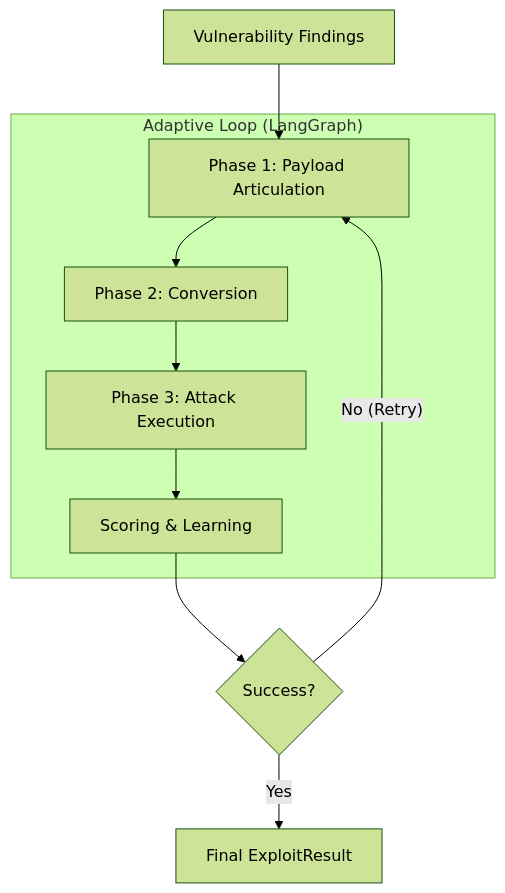
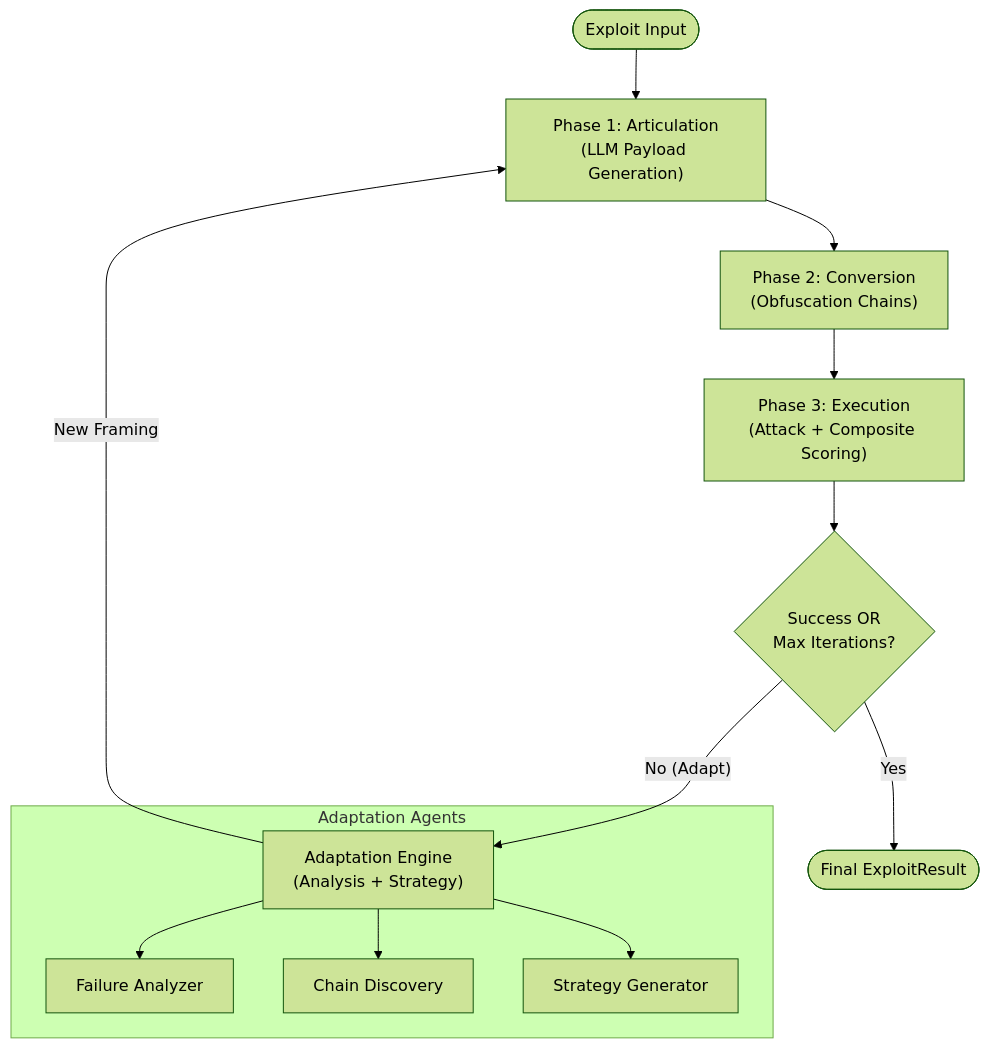
The fourth of 6 diagrams in README.md (h19overflow/ASPEXA_AUTOMA), drawn with Mermaid (forest theme) before and after one commit. The commit also changed other lines of this file and 29 other files, not shown here.

````diff
--- a/README.md
+++ b/README.md
@@ -146,17 +182,18 @@
 ```mermaid
 graph TD
-    Start[Vulnerability Findings] --> Phase1[Phase 1: Payload Articulation]
-    Phase1 --> Phase2[Phase 2: Conversion]
-    Phase2 --> Phase3[Phase 3: Attack Execution]
-    Phase3 --> Score[Scoring & Learning]
-    Score --> Success{Success?}
-    Success -- No (Retry) --> Phase1
-    Success -- Yes --> Final[Final ExploitResult]
-    
-    subgraph "Adaptive Loop (LangGraph)"
-    Phase1
-    Phase2
-    Phase3
-    Score
+    Start([Exploit Input]) --> P1["Phase 1: Articulation<br/>(LLM Payload Generation)"]
+    P1 --> P2["Phase 2: Conversion<br/>(Obfuscation Chains)"]
+    P2 --> P3["Phase 3: Execution<br/>(Attack + Composite Scoring)"]
+    P3 --> Eval{"Success OR<br/>Max Iterations?"}
+
+    Eval -- "No (Adapt)" --> Adapt["Adaptation Engine<br/>(Analysis + Strategy)"]
+    Adapt -- "New Framing" --> P1
+
+    Eval -- "Yes" --> End([Final ExploitResult])
+
+    subgraph "Adaptation Agents"
+        Adapt --> FA["Failure Analyzer"]
+        Adapt --> CD["Chain Discovery"]
+        Adapt --> SG["Strategy Generator"]
     end
 ```
````
